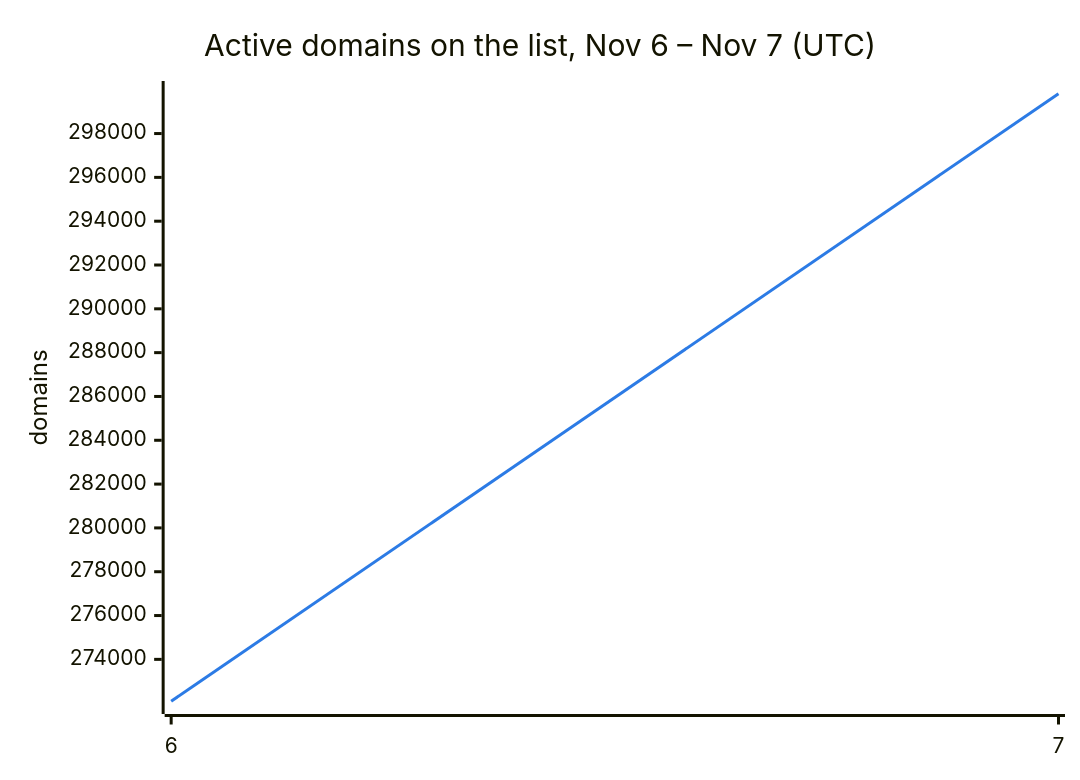
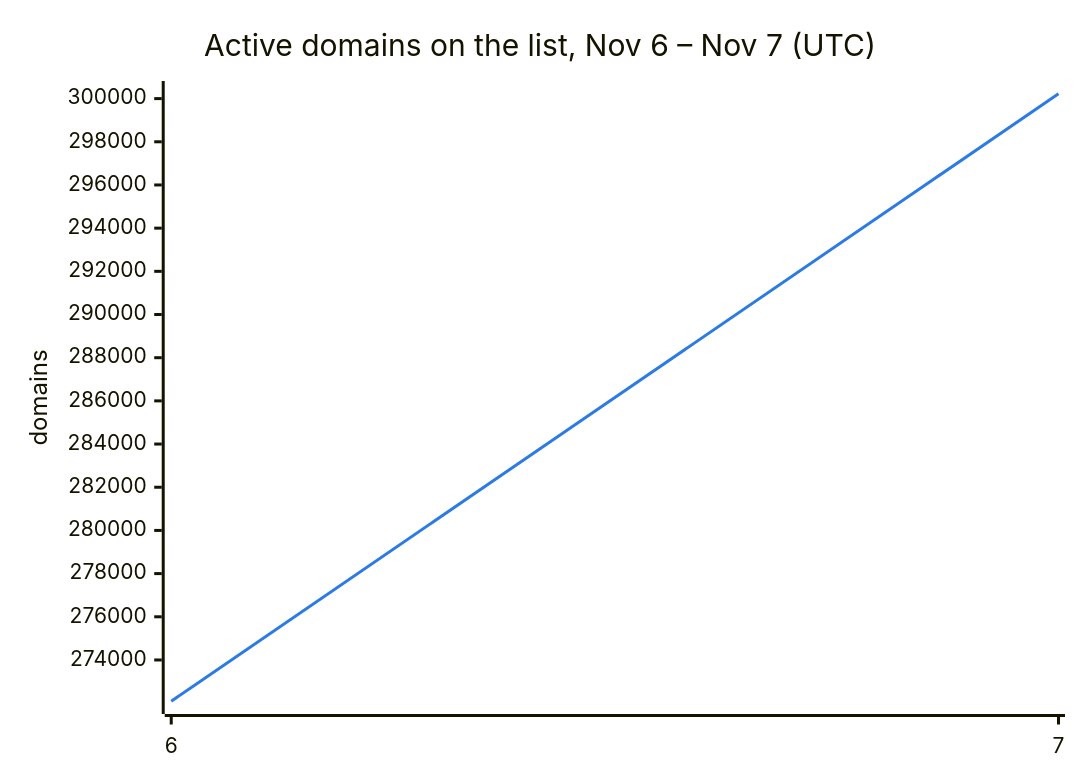
Before and after one commit to DNSBunker/CTI: the second of 3 diagrams in README.md, drawn with Mermaid. The commit also changed other lines of this file and 3 other files, not shown here.

````diff
--- a/README.md
+++ b/README.md
@@ -38,8 +38,8 @@
 ```mermaid
 %%{init: {"themeVariables": {"xyChart": {"plotColorPalette": "#2c7be5"}}}}%%
 xychart-beta
     title "Active domains on the list, Nov 6 – Nov 7 (UTC)"
     x-axis ["6", "7"]
     y-axis "domains"
-    line [272088, 299817]
+    line [272088, 300225]
 ```
````
